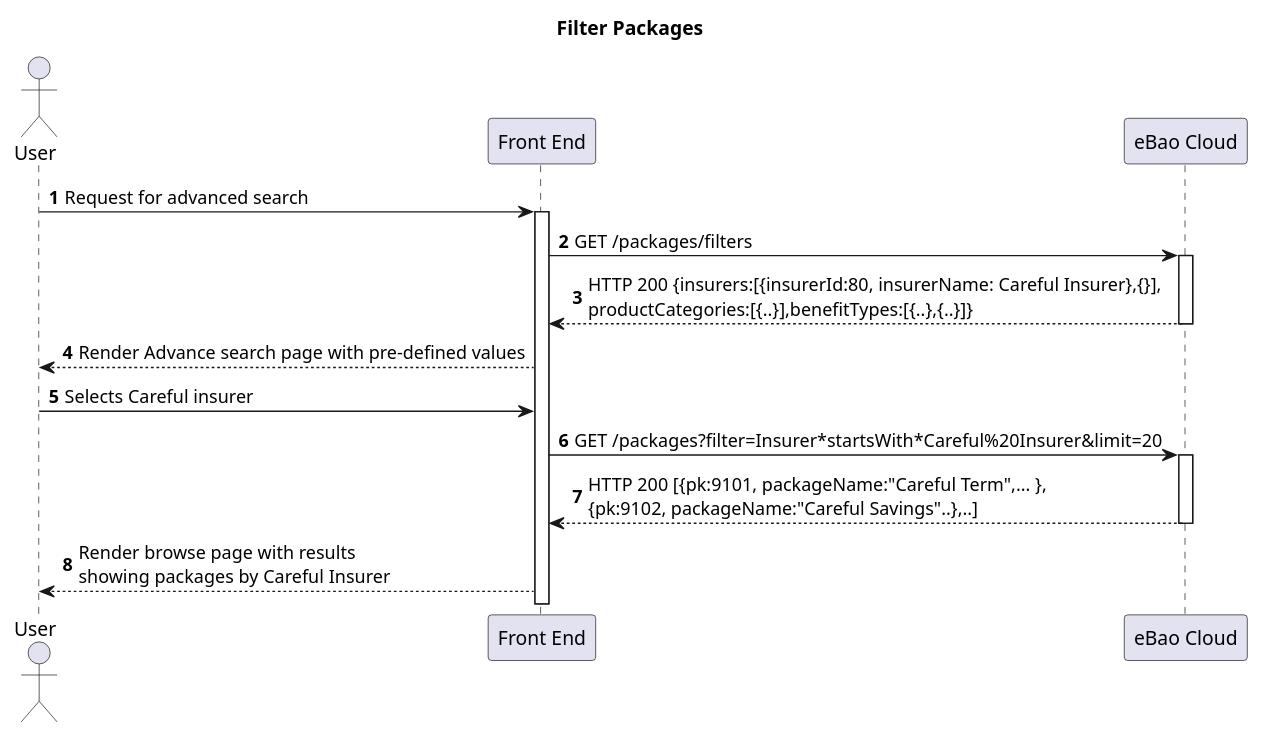
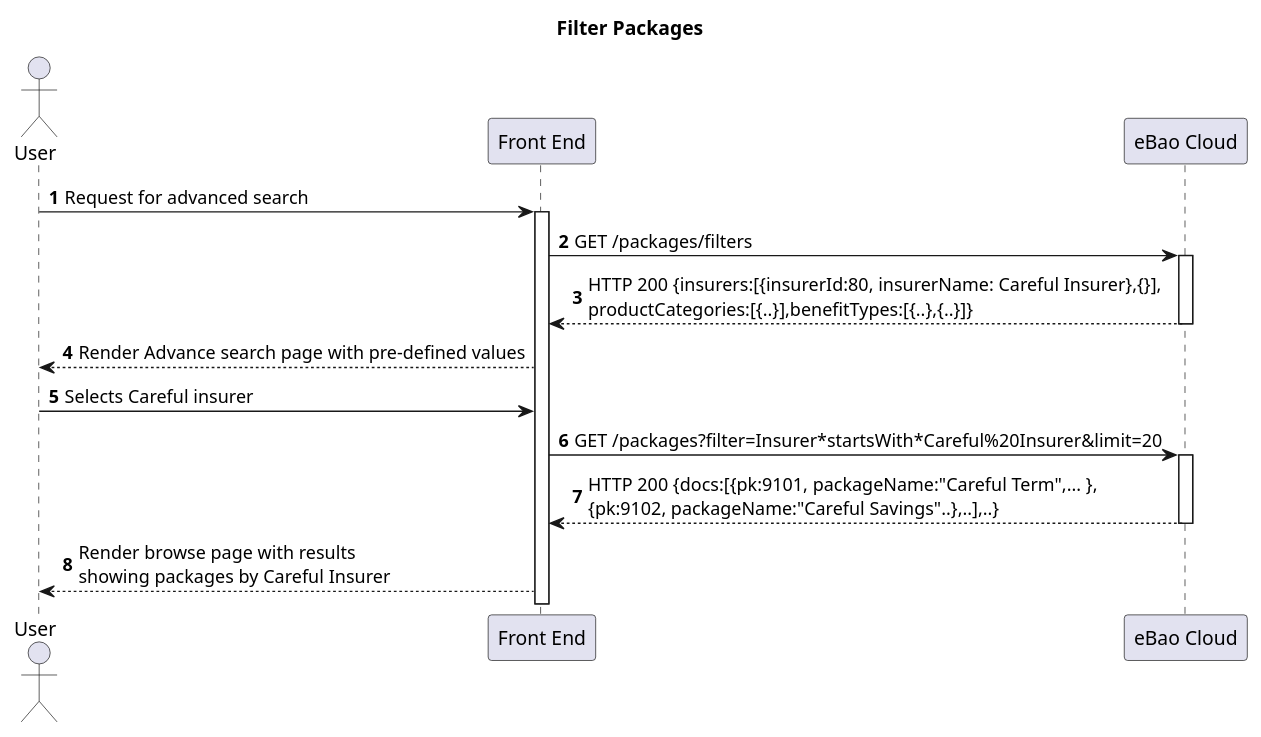
The second of 12 diagrams in markdown/products-2.md (yitchoong/cloudapi), drawn with PlantUML before and after one commit. The commit also changed other lines of this file and 41 other files, not shown here.

````diff
--- a/markdown/products-2.md
+++ b/markdown/products-2.md
@@ -171,21 +171,21 @@
 ```puml
 title **Filter Packages**
 actor "User" as user
 participant "Front End" as front
 participant "eBao Cloud" as ebao
 autonumber
 
 user -> front : Request for advanced search
 activate front
 front -> ebao : GET /packages/filters
 activate ebao
 ebao --> front : HTTP 200 {insurers:[{insurerId:80, insurerName: Careful Insurer},{}], \nproductCategories:[{..}],benefitTypes:[{..},{..}]}
 deactivate ebao
 front --> user : Render Advance search page with pre-defined values
 user -> front : Selects Careful insurer
 front -> ebao : GET /packages?filter=Insurer*startsWith*Careful%20Insurer&limit=20
 activate ebao
-ebao --> front : HTTP 200 [{pk:9101, packageName:"Careful Term",... },\n{pk:9102, packageName:"Careful Savings"..},..]
+ebao --> front : HTTP 200 {docs:[{pk:9101, packageName:"Careful Term",... },\n{pk:9102, packageName:"Careful Savings"..},..],..}
 deactivate ebao
 front --> user : Render browse page with results \nshowing packages by Careful Insurer
 ```
````
